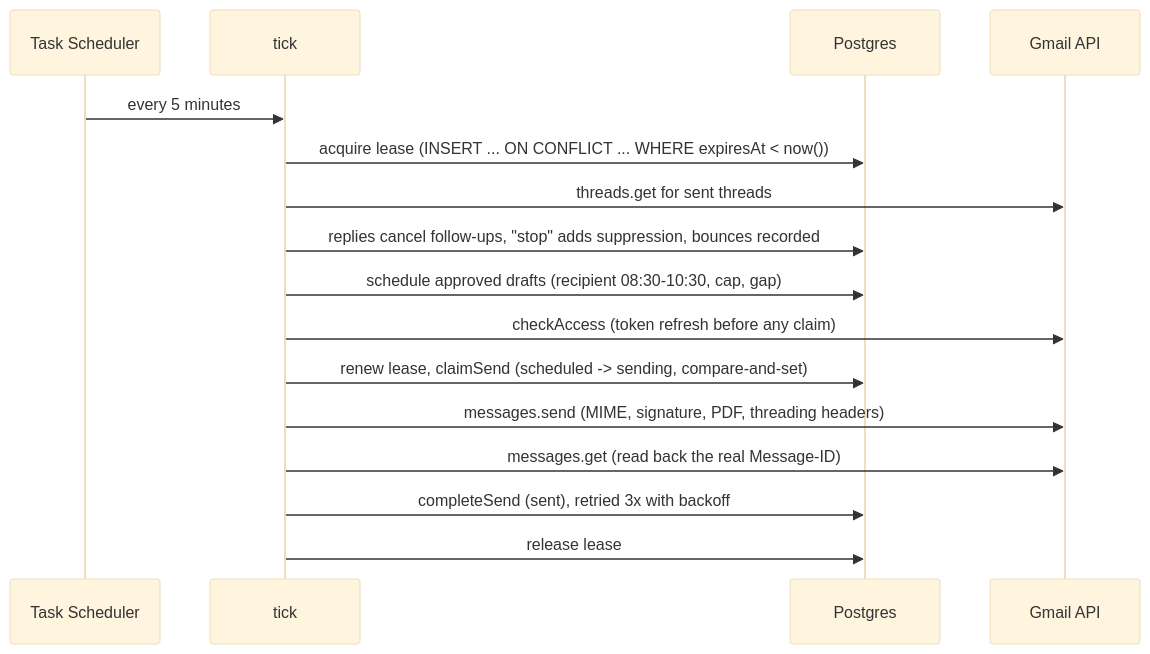
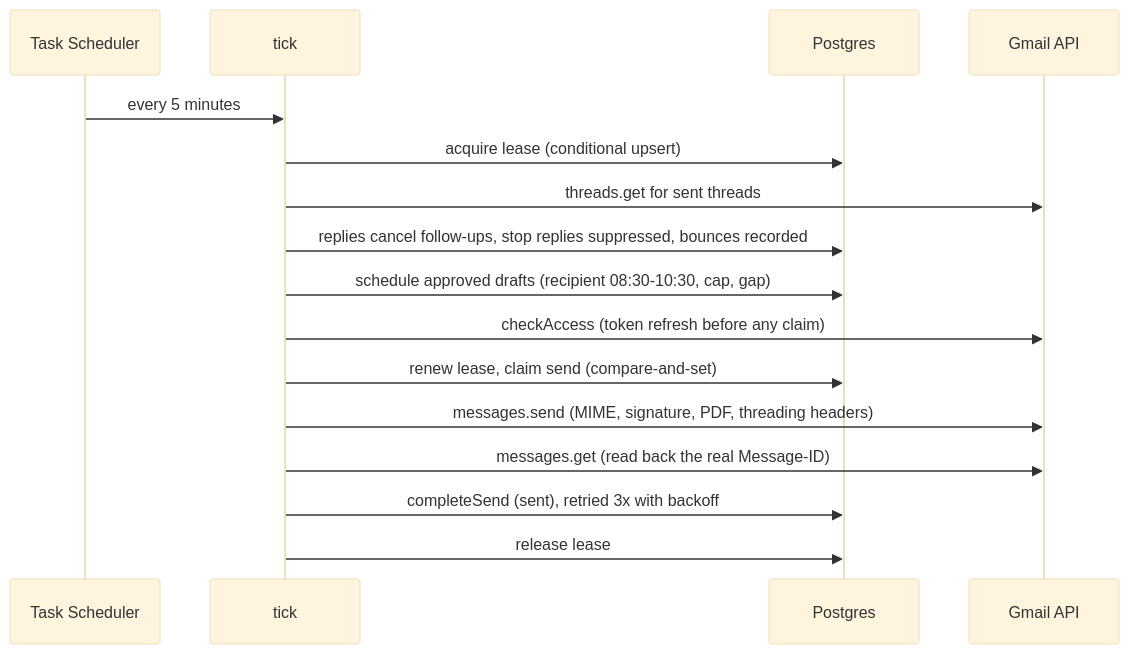
Before and after one commit to yassine-krichen/resumiq-job-match-resume-engine: the second of 2 diagrams in outreach/README.md, drawn with Mermaid (base theme). The commit also changed other lines of this file and 3 other files, not shown here.

Commit message:
docs(outreach): fix README diagram, add dry-run demo screenshots

````diff
--- a/outreach/README.md
+++ b/outreach/README.md
@@ -95,18 +95,18 @@
 ```mermaid
 sequenceDiagram
   participant TS as Task Scheduler
   participant T as tick
   participant DB as Postgres
   participant G as Gmail API
   TS->>T: every 5 minutes
-  T->>DB: acquire lease (INSERT ... ON CONFLICT ... WHERE expiresAt < now())
+  T->>DB: acquire lease (conditional upsert)
   T->>G: threads.get for sent threads
-  T->>DB: replies cancel follow-ups, "stop" adds suppression, bounces recorded
+  T->>DB: replies cancel follow-ups, stop replies suppressed, bounces recorded
   T->>DB: schedule approved drafts (recipient 08:30-10:30, cap, gap)
   T->>G: checkAccess (token refresh before any claim)
-  T->>DB: renew lease, claimSend (scheduled -> sending, compare-and-set)
+  T->>DB: renew lease, claim send (compare-and-set)
   T->>G: messages.send (MIME, signature, PDF, threading headers)
   T->>G: messages.get (read back the real Message-ID)
   T->>DB: completeSend (sent), retried 3x with backoff
   T->>DB: release lease
 ```
````
